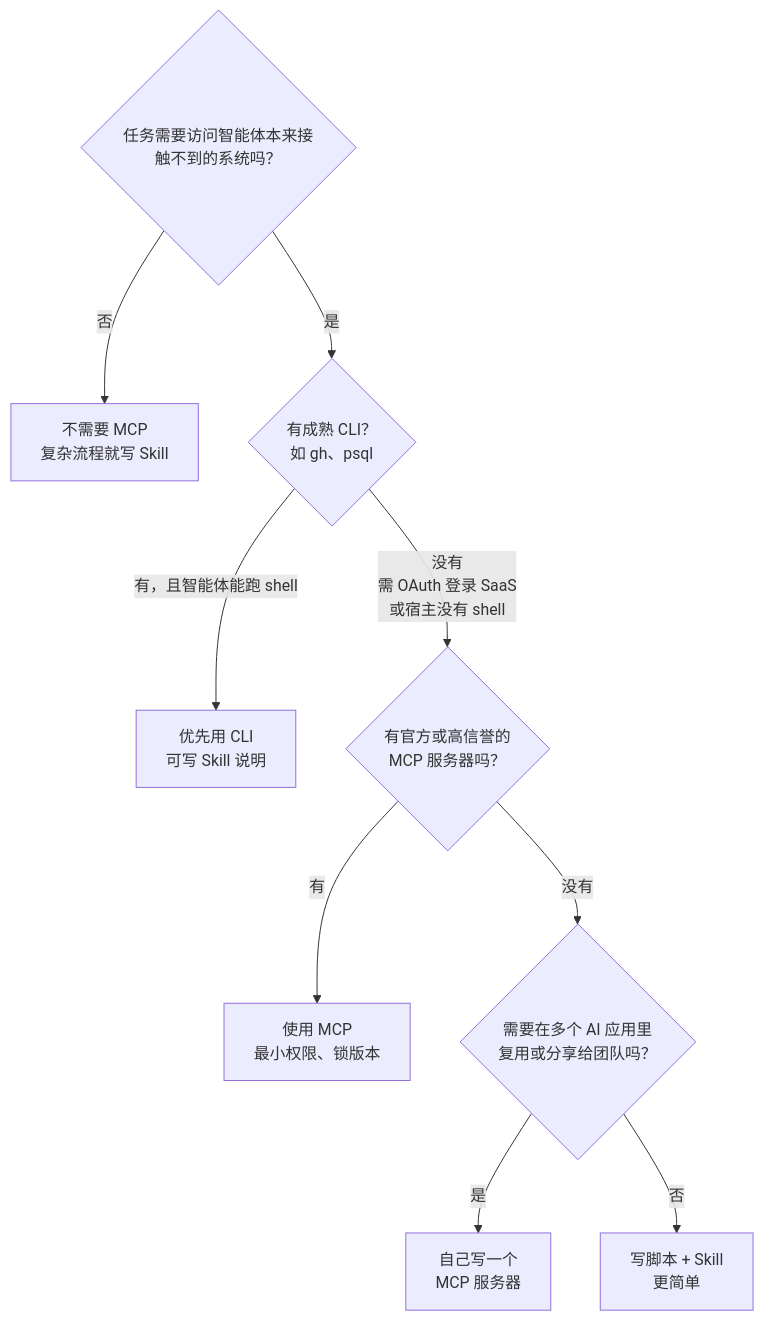
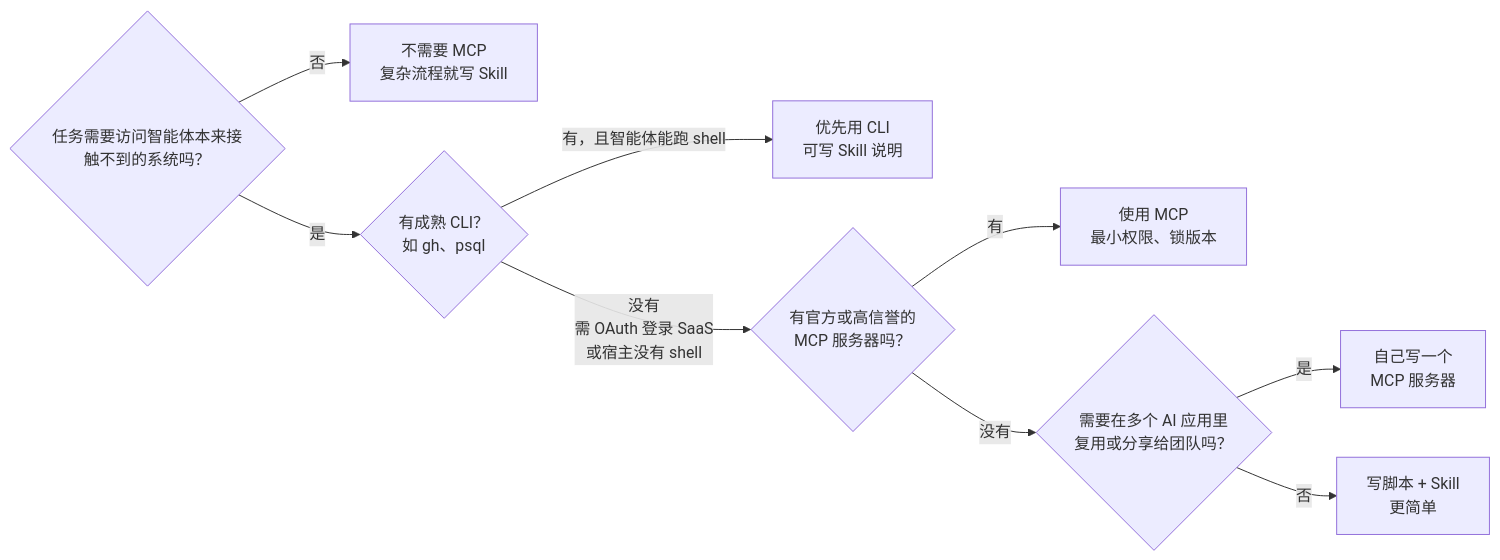
The ninth of 10 diagrams in Code/ai/MCP/MCP指南.md (xuchaoxin1375/blogs), drawn with Mermaid before and after one commit. The commit also changed other lines of this file and 1 other file, not shown here.

Commit message:
docs(ai): MCP 指南补 Server 部署位置与离线改造判断，联网搜索指南修正流程图声明

````diff
--- a/Code/ai/MCP/MCP指南.md
+++ b/Code/ai/MCP/MCP指南.md
@@ -573,11 +652,11 @@
 ```mermaid
-flowchart TD
+flowchart LR
   Q1{"任务需要访问智能体本来接触不到的系统吗？"} -- 否 --> N1["不需要 MCP<br>复杂流程就写 Skill"]
   Q1 -- 是 --> Q2{"有成熟 CLI？<br>如 gh、psql"}
   Q2 -- "有，且智能体能跑 shell" --> N2["优先用 CLI<br>可写 Skill 说明"]
   Q2 -- "没有<br>需 OAuth 登录 SaaS<br>或宿主没有 shell" --> Q3{"有官方或高信誉的<br>MCP 服务器吗？"}
   Q3 -- 有 --> Y1["使用 MCP<br>最小权限、锁版本"]
   Q3 -- 没有 --> Q4{"需要在多个 AI 应用里<br>复用或分享给团队吗？"}
   Q4 -- 是 --> Y2["自己写一个<br>MCP 服务器"]
   Q4 -- 否 --> N3["写脚本 + Skill<br>更简单"]
 ```
````
